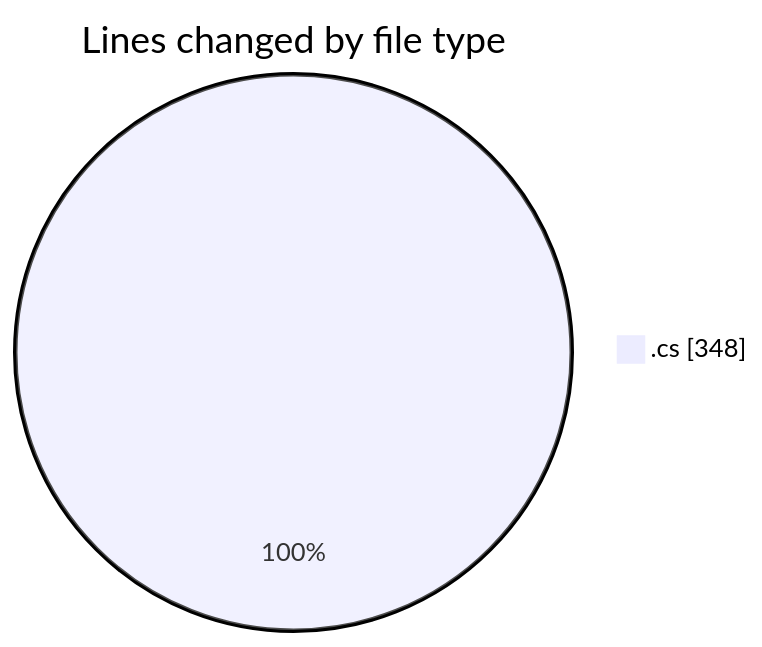
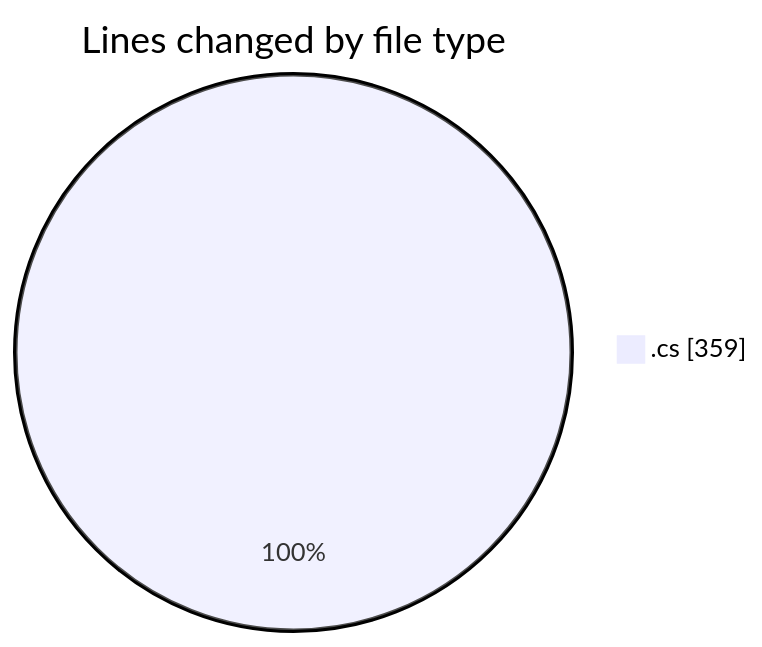
Before and after one commit to Netris89/code-tracking: the first of 2 diagrams in 2025-04-09/back-end/README.md, drawn with Mermaid. The commit also changed other lines of this file and 1 other file, not shown here.

````diff
--- a/2025-04-09/back-end/README.md
+++ b/2025-04-09/back-end/README.md
@@ -21,5 +21,5 @@
 ```mermaid
 pie showData
 title Lines changed by file type
-".cs" : 348
+".cs" : 359
 ```
````
